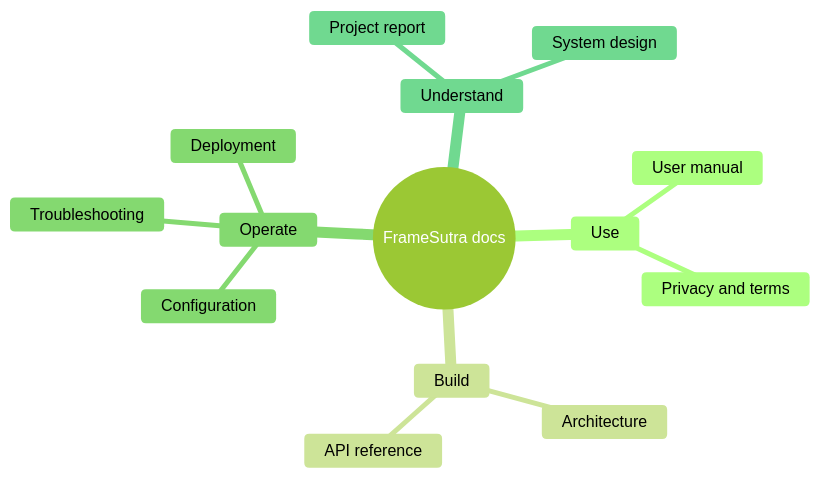
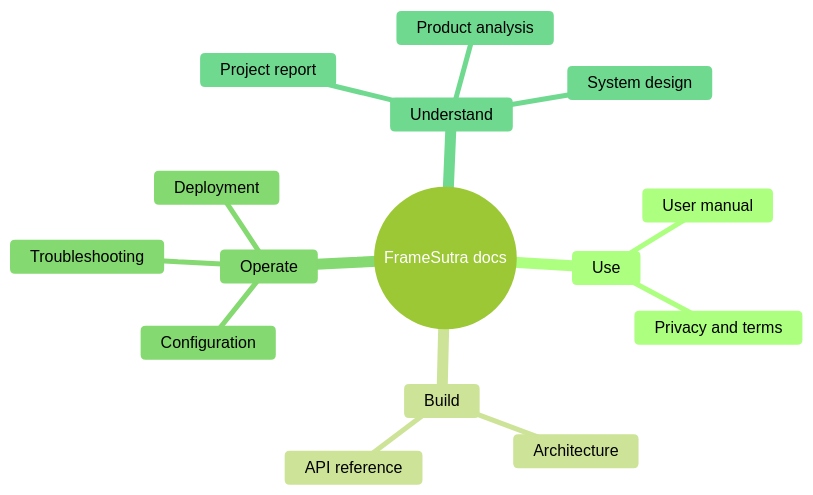
The diagram in docs/README.md (Code-AkarshMishra/FrameSutra), drawn with Mermaid (forest theme) before and after one commit. The commit also changed other lines of this file, not shown here.

Commit message:
docs: index report and product analysis

````diff
--- a/docs/README.md
+++ b/docs/README.md
@@ -21,17 +22,18 @@
 ```mermaid
 mindmap
   root((FrameSutra docs))
     Use
       User manual
       Privacy and terms
     Build
       Architecture
       API reference
     Operate
       Configuration
       Troubleshooting
       Deployment
     Understand
       Project report
+      Product analysis
       System design
 ```
````
